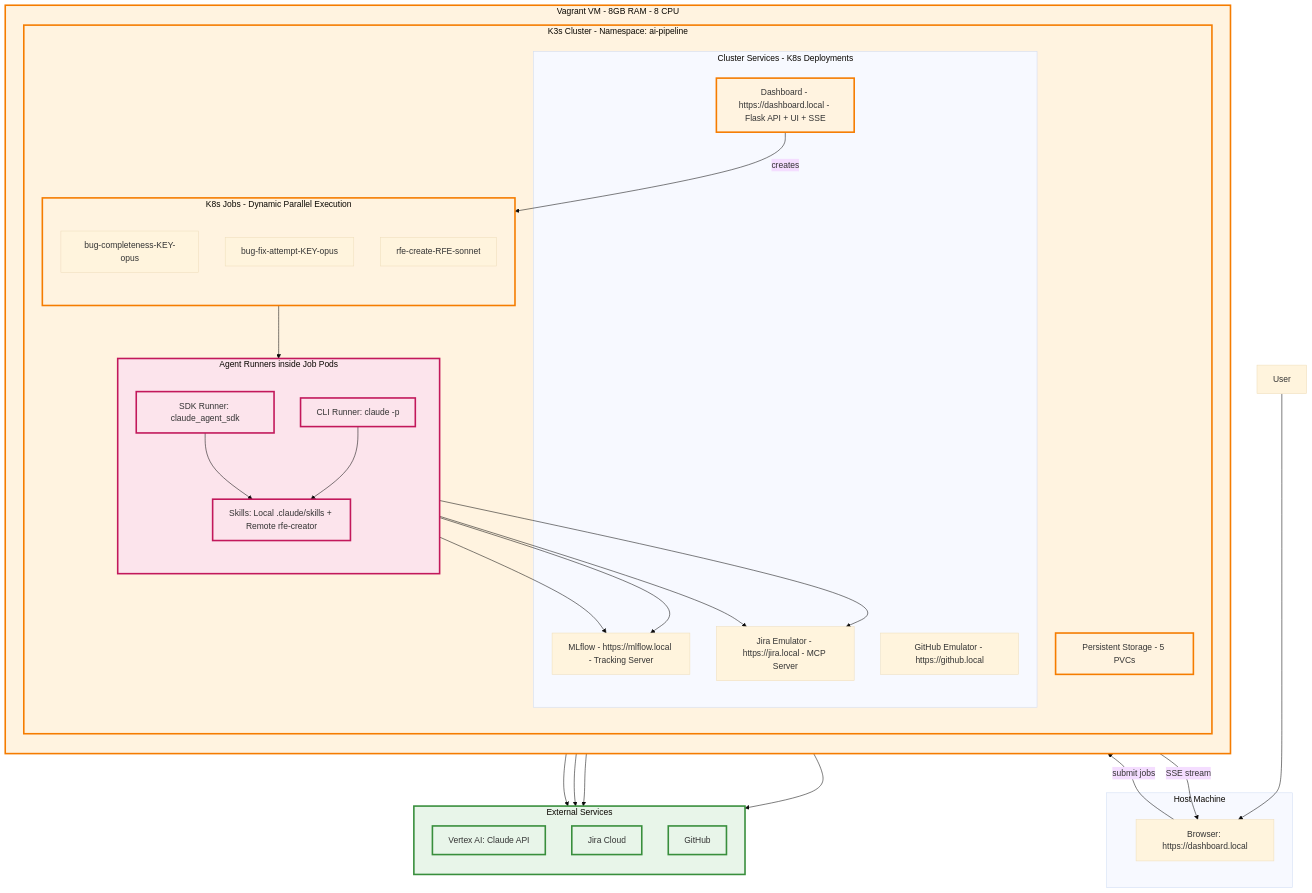
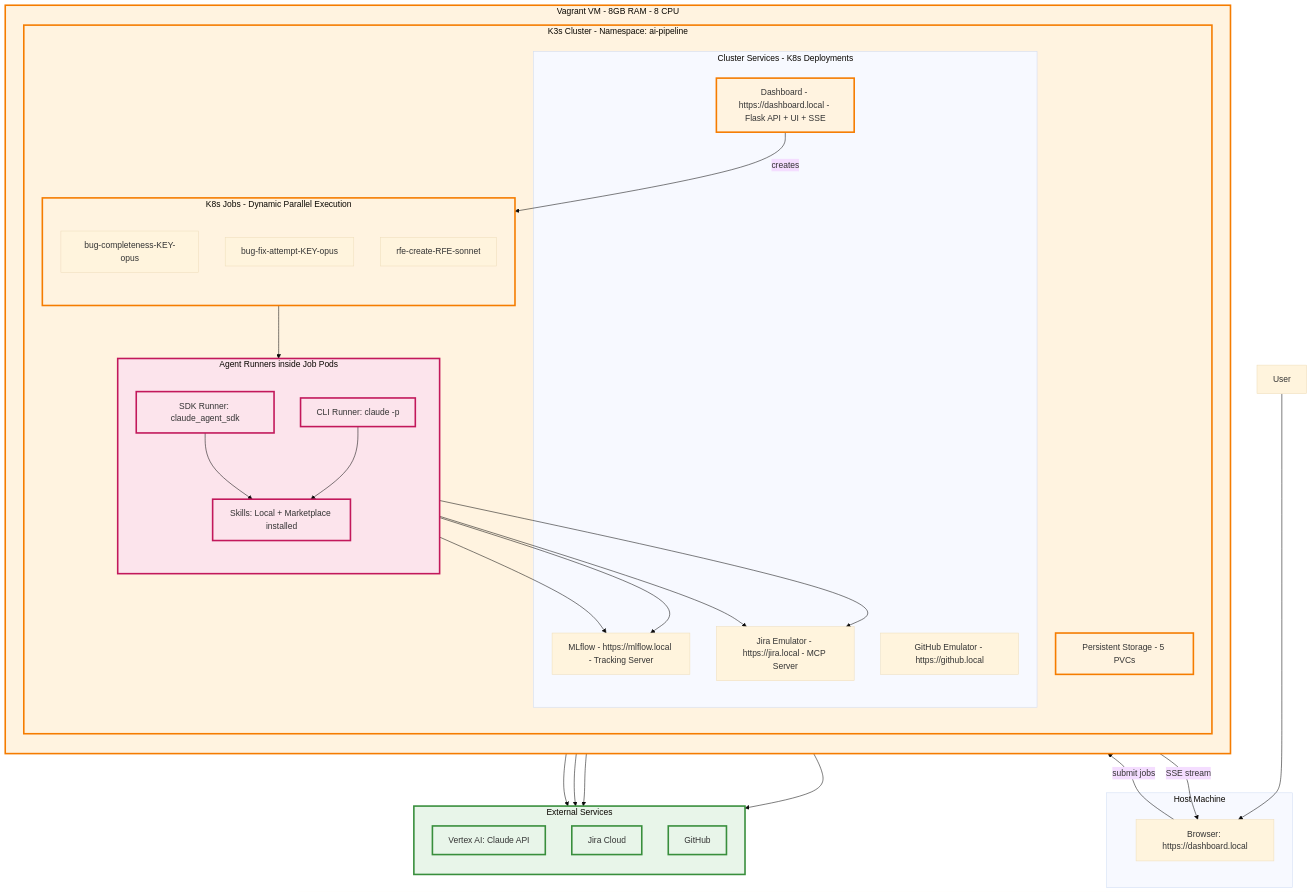
The diagram in docs/architecture-overview.mmd (jctanner/ai-first-pipeline), drawn with Mermaid (base theme) before and after one commit. The commit also changed 1 other file, not shown here.

Commit message:
Update terminology: Remote Skills → Marketplace Skills
Skills are installed from the marketplace, not cloned from remote repos.

Changes:
- "Remote Skills - remote_skills/rfe-creator" → "Marketplace Skills"
- "Local + Remote" → "Local + Marketplace installed"
- All skills stored in .claude/skills/ (marketplace installs there too)

```diff
--- a/docs/architecture-overview.mmd
+++ b/docs/architecture-overview.mmd
@@ -1,71 +1,71 @@
 graph TB
     User["User"]
 
     subgraph Host["Host Machine"]
         Browser["Browser: https://dashboard.local"]
     end
 
     subgraph VM["Vagrant VM - 8GB RAM - 8 CPU"]
         direction TB
 
         subgraph K3s["K3s Cluster - Namespace: ai-pipeline"]
             direction TB
 
             Storage["Persistent Storage - 5 PVCs"]
 
             subgraph Services["Cluster Services - K8s Deployments"]
                 Dashboard["Dashboard - https://dashboard.local - Flask API + UI + SSE"]
                 MLflow["MLflow - https://mlflow.local - Tracking Server"]
                 JiraEmu["Jira Emulator - https://jira.local - MCP Server"]
                 GitHubEmu["GitHub Emulator - https://github.local"]
             end
 
             subgraph Jobs["K8s Jobs - Dynamic Parallel Execution"]
                 direction TB
                 Job1["bug-completeness-KEY-opus"]
                 Job2["bug-fix-attempt-KEY-opus"]
                 Job3["rfe-create-RFE-sonnet"]
             end
 
             subgraph Runners["Agent Runners inside Job Pods"]
                 direction TB
                 SDKRunner["SDK Runner: claude_agent_sdk"]
                 CLIRunner["CLI Runner: claude -p"]
-                Skills["Skills: Local .claude/skills + Remote rfe-creator"]
+                Skills["Skills: Local + Marketplace installed"]
             end
 
             Dashboard -->|creates| Jobs
             Jobs --> Runners
             SDKRunner --> Skills
             CLIRunner --> Skills
         end
     end
 
     subgraph External["External Services"]
         direction TB
         VertexAI["Vertex AI: Claude API"]
         JiraCloud["Jira Cloud"]
         GitHub["GitHub"]
     end
 
     User --> Browser
 
     Browser -->|submit jobs| Dashboard
     Dashboard -->|SSE stream| Browser
 
     SDKRunner --> VertexAI
     CLIRunner --> VertexAI
     SDKRunner --> MLflow
     CLIRunner --> MLflow
     SDKRunner --> JiraEmu
     CLIRunner --> JiraEmu
     SDKRunner --> JiraCloud
     CLIRunner --> GitHub
 
     classDef vm fill:#fff3e0,stroke:#f57c00,stroke-width:3px
     classDef runner fill:#fce4ec,stroke:#c2185b,stroke-width:3px
     classDef external fill:#e8f5e9,stroke:#388e3c,stroke-width:3px
 
     class VM,K3s,Storage,Dashboard,Jobs vm
     class Runners,SDKRunner,CLIRunner,Skills runner
     class External,VertexAI,JiraCloud,GitHub external
```
